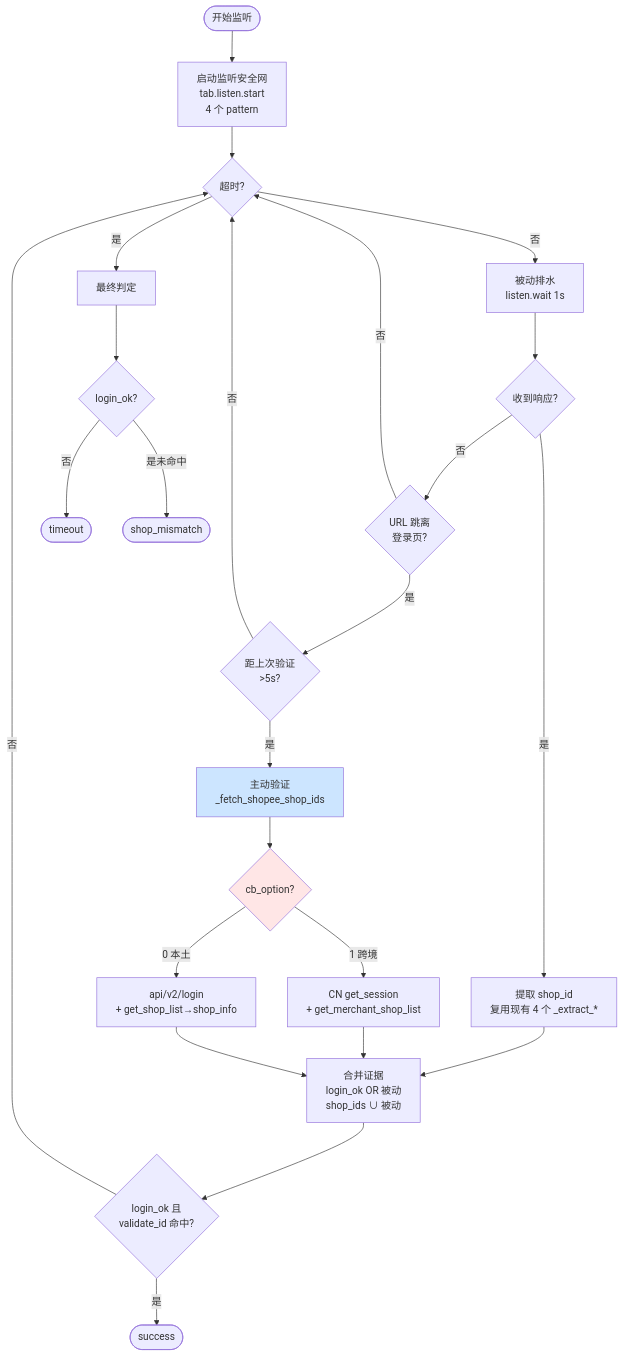
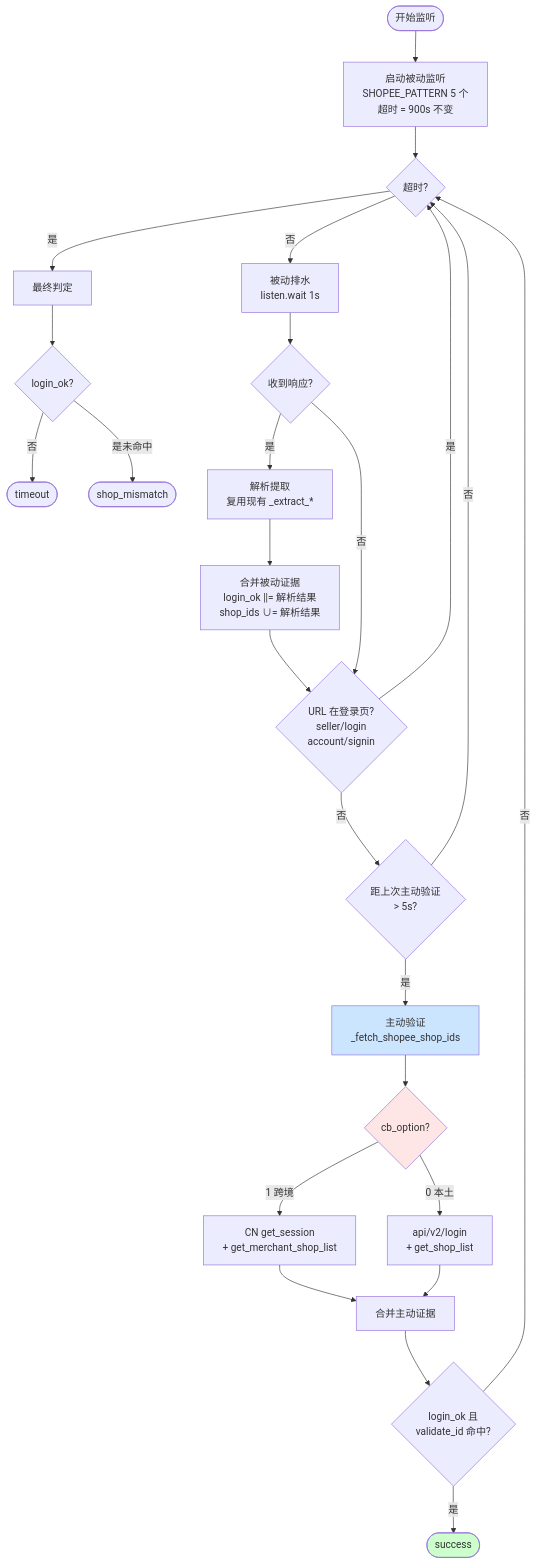
The first of 2 diagrams in docs/specs/shopee-login-refactor/approach-options.md (Tec-Do-bw/live-platform), drawn with Mermaid before and after one commit. The commit also changed other lines of this file and 12 other files, not shown here.

Commit message:
docs: 完成 Shopee 登录重构 Phase 1 + 更新 ROADMAP 和子项目 CLAUDE.md

````diff
--- a/docs/specs/shopee-login-refactor/approach-options.md
+++ b/docs/specs/shopee-login-refactor/approach-options.md
@@ -36,38 +85,40 @@
 ```mermaid
 flowchart TD
-    Start([开始监听]) --> Init[启动监听安全网<br/>tab.listen.start<br/>4 个 pattern]
-    Init --> Loop{超时?}
-    
-    Loop -->|否| Drain[被动排水<br/>listen.wait 1s]
-    Loop -->|是| Final[最终判定]
-    
-    Drain --> Parse{收到响应?}
-    Parse -->|是| Extract[提取 shop_id<br/>复用现有 4 个 _extract_*]
-    Parse -->|否| URLCheck
-    
-    Extract --> Merge[合并证据<br/>login_ok OR 被动<br/>shop_ids ∪ 被动]
-    
-    URLCheck{URL 跳离<br/>登录页?} -->|否| Loop
-    URLCheck -->|是| Throttle{距上次验证<br/>&gt;5s?}
-    
+    Start([开始监听]) --> Init["启动被动监听<br/>SHOPEE_PATTERN 5 个<br/>超时 = 900s 不变"]
+
+    Init --> Loop{"超时?"}
+    Loop -->|是| Final["最终判定"]
+    Loop -->|否| Drain["被动排水<br/>listen.wait 1s"]
+
+    Drain --> Got{"收到响应?"}
+    Got -->|是| Parse["解析提取<br/>复用现有 _extract_*"]
+    Got -->|否| URLCheck
+
+    Parse --> Merge1["合并被动证据<br/>login_ok ||= 解析结果<br/>shop_ids ∪= 解析结果"]
+    Merge1 --> URLCheck
+
+    URLCheck{"URL 在登录页?<br/>seller/login<br/>account/signin"} -->|是| Loop
+    URLCheck -->|否| Throttle{"距上次主动验证<br/>&gt; 5s?"}
+
     Throttle -->|否| Loop
-    Throttle -->|是| Active[主动验证<br/>_fetch_shopee_shop_ids]
-    
-    Active --> Branch{cb_option?}
-    Branch -->|1 跨境| CN[CN get_session<br/>+ get_merchant_shop_list]
-    Branch -->|0 本土| Local[api/v2/login<br/>+ get_shop_list→shop_info]
-    
-    CN --> Merge
-    Local --> Merge
-    
-    Merge --> Hit{login_ok 且<br/>validate_id 命中?}
+    Throttle -->|是| Active["主动验证<br/>_fetch_shopee_shop_ids"]
+
+    Active --> Branch{"cb_option?"}
+    Branch -->|1 跨境| CN["CN get_session<br/>+ get_merchant_shop_list"]
+    Branch -->|0 本土| Local["api/v2/login<br/>+ get_shop_list"]
+
+    CN --> Merge2["合并主动证据"]
+    Local --> Merge2
+
+    Merge2 --> Hit{"login_ok 且<br/>validate_id 命中?"}
     Hit -->|是| Success([success])
     Hit -->|否| Loop
-    
-    Final --> FLogin{login_ok?}
+
+    Final --> FLogin{"login_ok?"}
     FLogin -->|否| Timeout([timeout])
     FLogin -->|是未命中| Mismatch([shop_mismatch])
-    
+
     style Active fill:#cce5ff
     style Branch fill:#ffe6e6
+    style Success fill:#ccffcc
 ```
````
